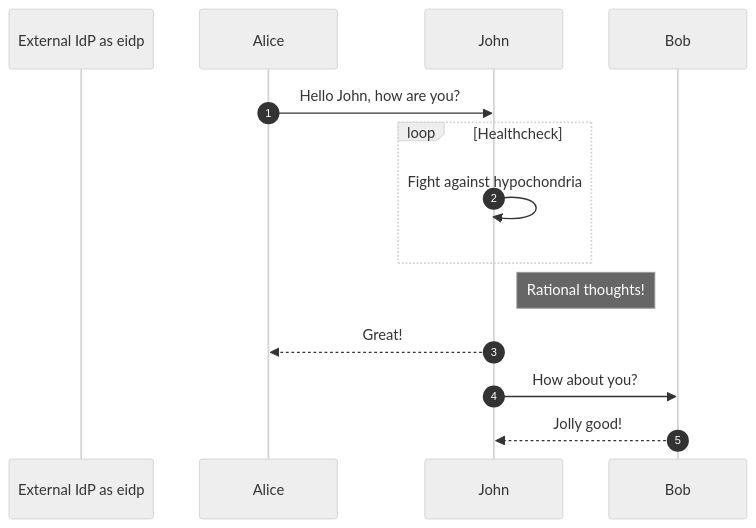
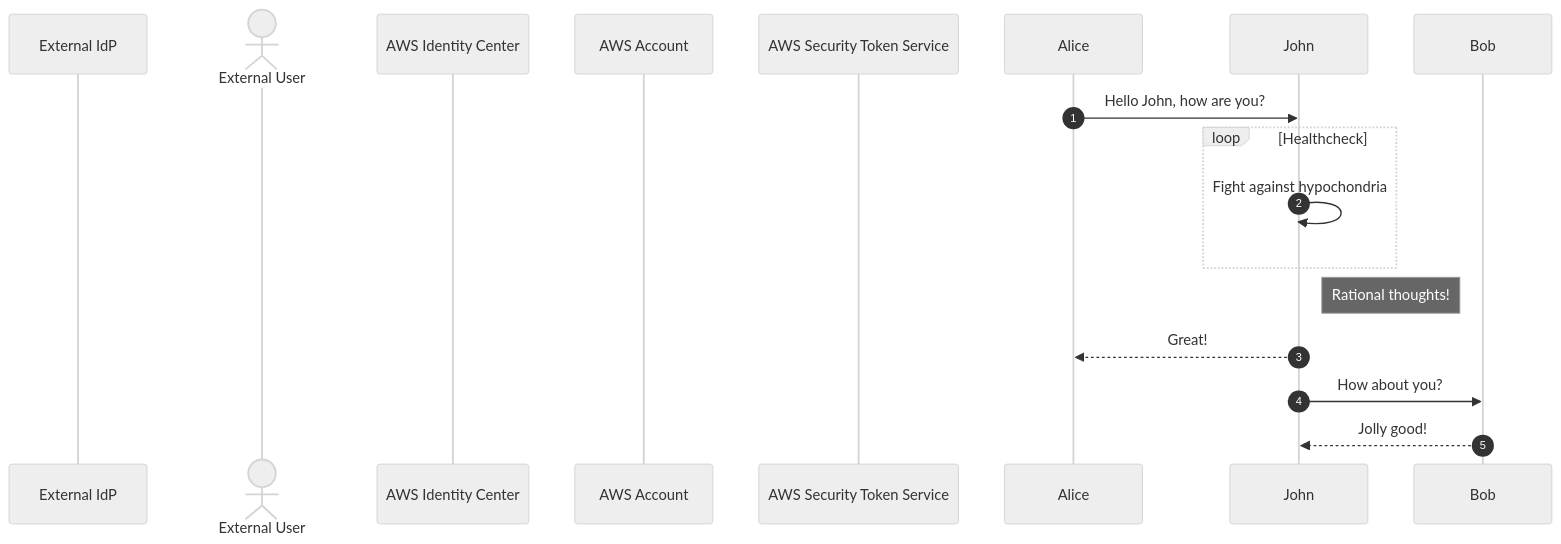
The diagram in identity-center/flow.md (keshavbaweja-git/workshops), drawn with Mermaid (neutral theme) before and after one commit.

Commit message:
Identity Center

````diff
--- a/identity-center/flow.md
+++ b/identity-center/flow.md
@@ -1,15 +1,19 @@
 ```mermaid
 sequenceDiagram
-    participant External IdP as eidp
+    participant eidp as External IdP
+    actor user as External User
+    participant idc as AWS Identity Center
+    participant account as AWS Account
+    participant sts as AWS Security Token Service
     autonumber
 
     Alice->>John: Hello John, how are you?
     loop Healthcheck
         John->>John: Fight against hypochondria
     end
     Note right of John: Rational thoughts!
     John-->>Alice: Great!
     John->>Bob: How about you?
     Bob-->>John: Jolly good!
 
 ```
````
